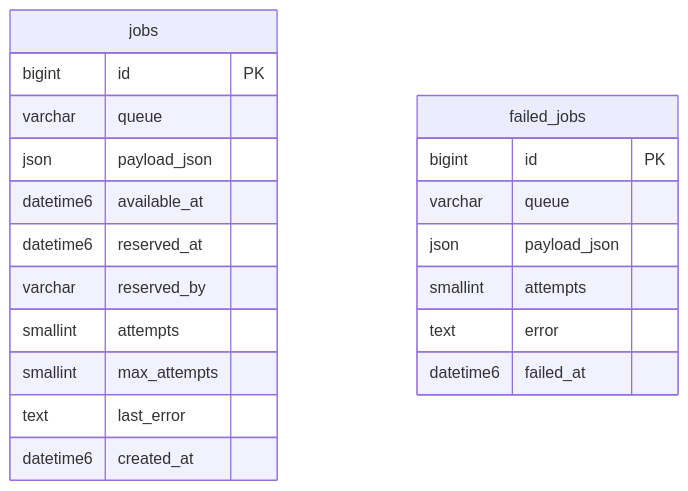
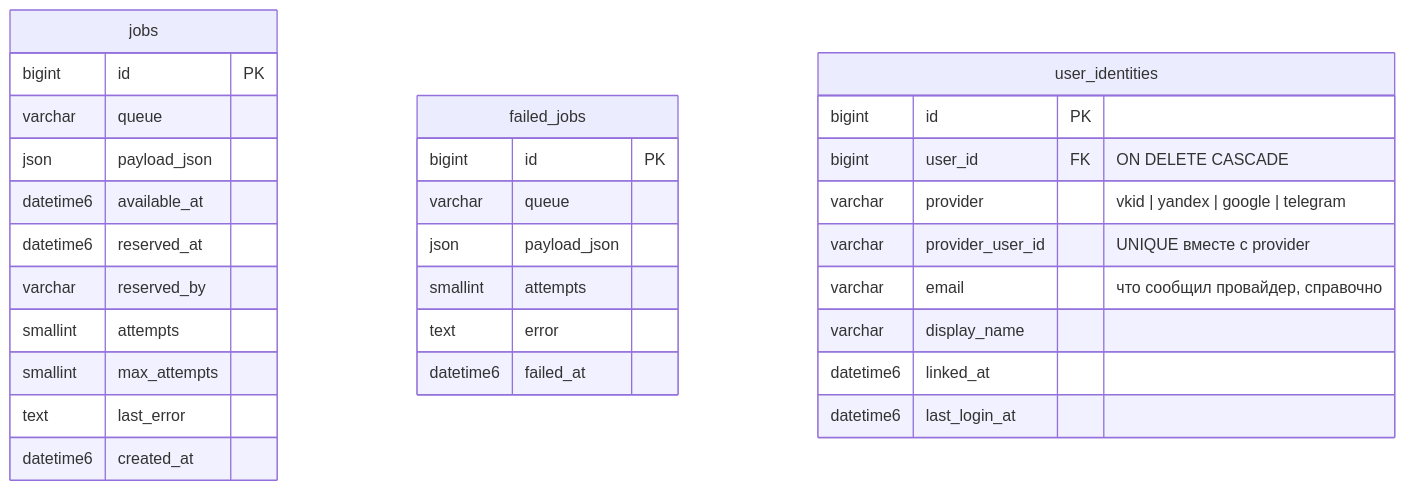
The first of 2 diagrams in docs/architecture/database.md (koiie111/VKPoster), drawn with Mermaid before and after one commit. The commit also changed other lines of this file and 76 other files, not shown here.

````diff
--- a/docs/architecture/database.md
+++ b/docs/architecture/database.md
@@ -15,23 +15,33 @@
 ```mermaid
 erDiagram
     jobs {
         bigint id PK
         varchar queue
         json payload_json
         datetime6 available_at
         datetime6 reserved_at
         varchar reserved_by
         smallint attempts
         smallint max_attempts
         text last_error
         datetime6 created_at
     }
     failed_jobs {
         bigint id PK
         varchar queue
         json payload_json
         smallint attempts
         text error
         datetime6 failed_at
     }
+    user_identities {
+        bigint id PK
+        bigint user_id FK "ON DELETE CASCADE"
+        varchar provider "vkid | yandex | google | telegram"
+        varchar provider_user_id "UNIQUE вместе с provider"
+        varchar email "что сообщил провайдер, справочно"
+        varchar display_name
+        datetime6 linked_at
+        datetime6 last_login_at
+    }
 ```
````
